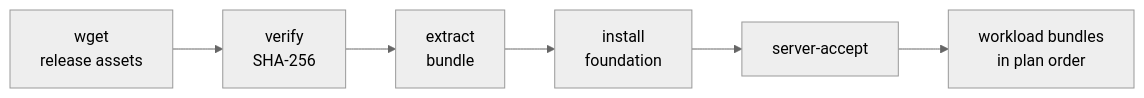
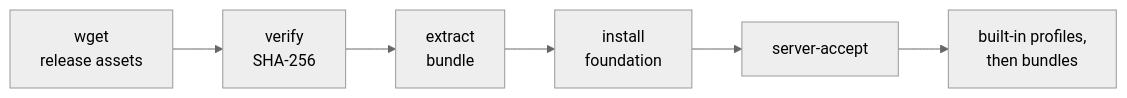
Before and after one commit to evya1/server-bootstrap: the diagram in README.md, drawn with Mermaid (neutral theme). The commit also changed other lines of this file and 23 other files, not shown here.

````diff
--- a/README.md
+++ b/README.md
@@ -97,8 +161,8 @@
 ```mermaid
 flowchart LR
   A["wget<br/>release assets"] --> B["verify<br/>SHA-256"]
   B --> C["extract<br/>bundle"]
   C --> D["install<br/>foundation"]
   D --> E["server-accept"]
-  E --> F["workload bundles<br/>in plan order"]
+  E --> F["built-in profiles,<br/>then bundles"]
 ```
````
